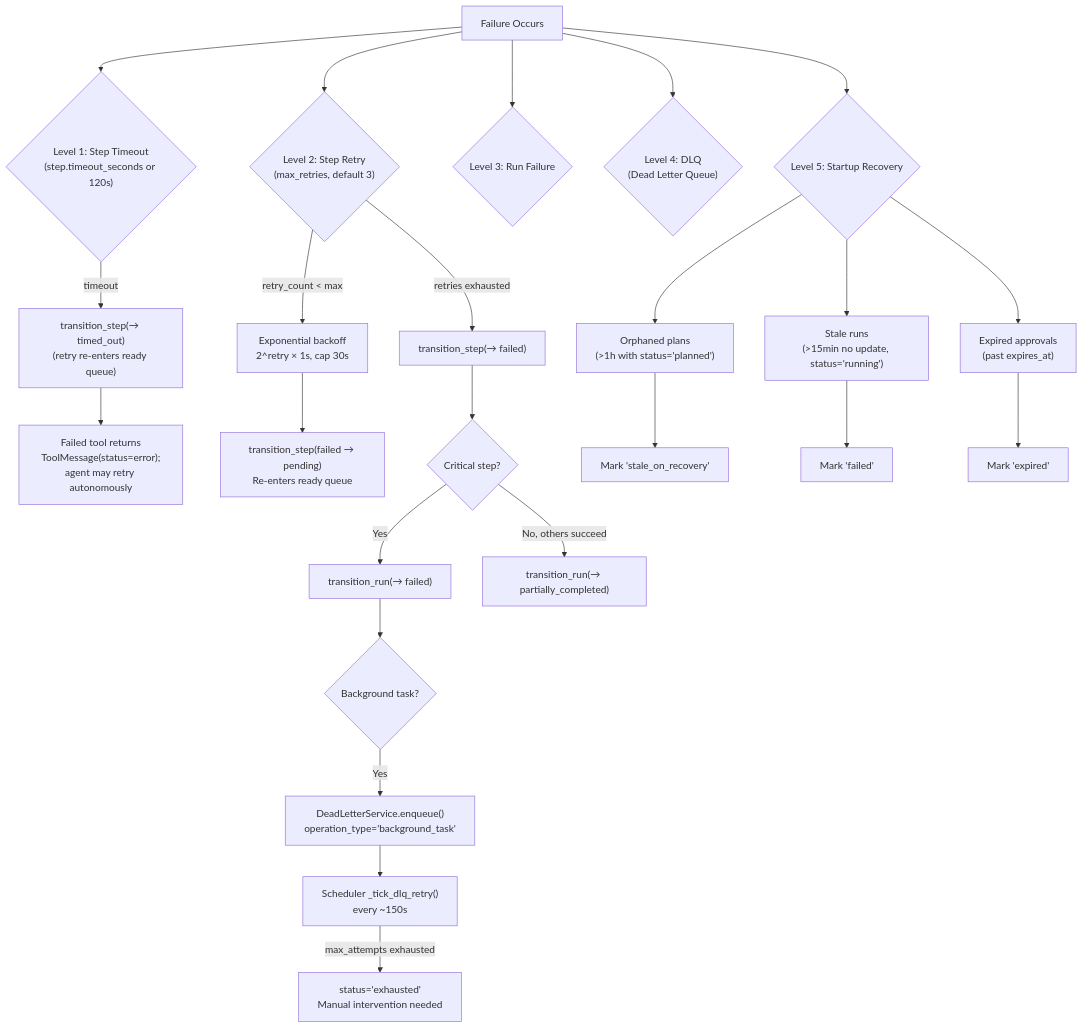
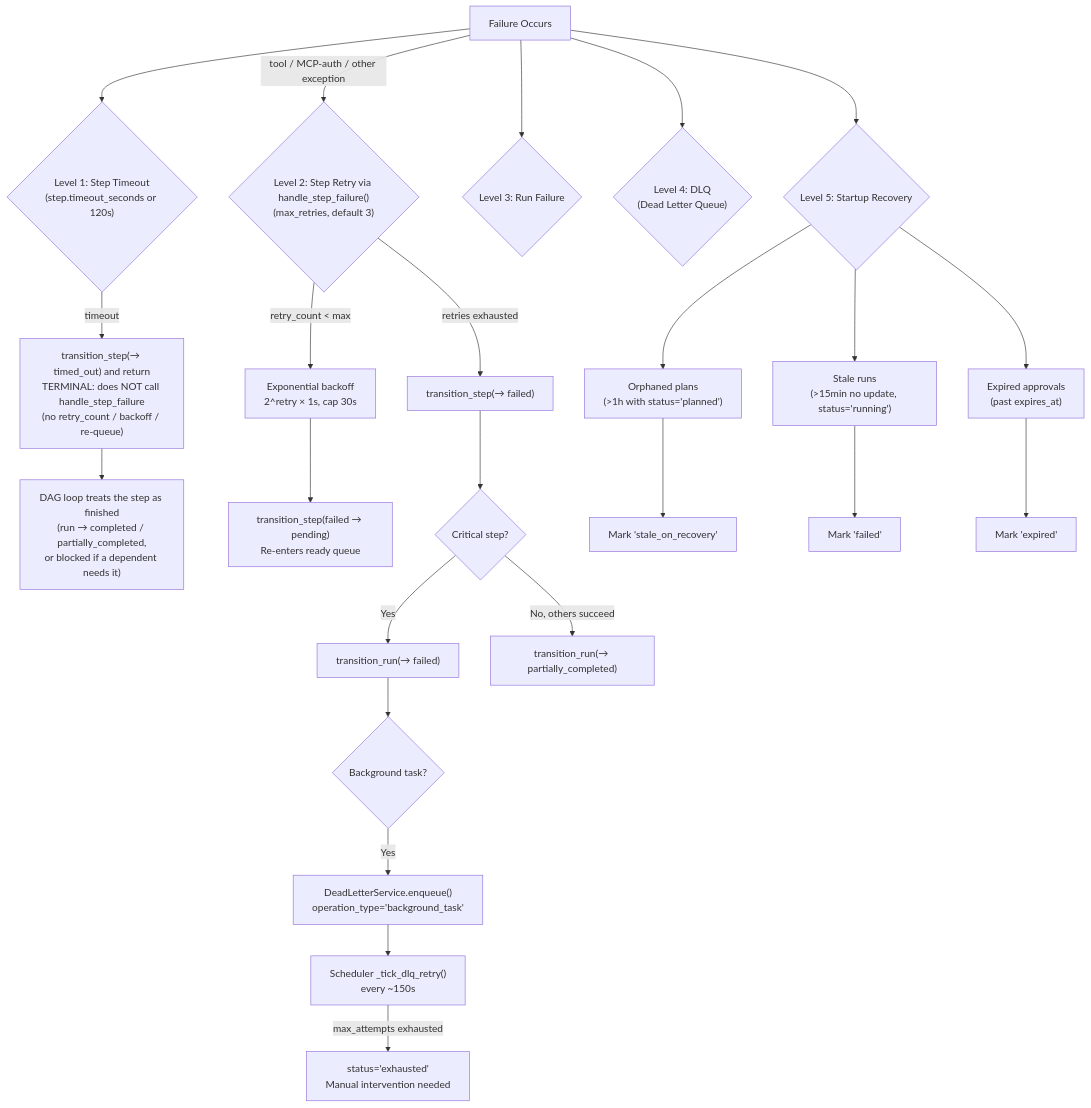
Diagram 15 of 17 in docs/architecture/plan-execution-deep-dive.md (shivadharmi/muldro), drawn with Mermaid before and after one commit. The commit also changed 3 other files, not shown here.

First line of the commit message:
docs: correct chat-gating, FTS, and step-timeout claims (PR #10 review)

````diff
--- a/docs/architecture/plan-execution-deep-dive.md
+++ b/docs/architecture/plan-execution-deep-dive.md
@@ -840,32 +840,32 @@
 ```mermaid
 flowchart TD
     FAILURE[Failure Occurs]
 
     FAILURE --> LEVEL1{"Level 1: Step Timeout<br/>(step.timeout_seconds or 120s)"}
-    LEVEL1 -->|"timeout"| TOOL_ERROR["transition_step(→ timed_out)<br/>(retry re-enters ready queue)"]
-    TOOL_ERROR --> AGENT_SEES["Failed tool returns<br/>ToolMessage(status=error);<br/>agent may retry autonomously"]
+    LEVEL1 -->|"timeout"| TIMED_OUT["transition_step(→ timed_out) and return<br/>TERMINAL: does NOT call handle_step_failure<br/>(no retry_count / backoff / re-queue)"]
+    TIMED_OUT --> DAG_DONE["DAG loop treats the step as finished<br/>(run → completed / partially_completed,<br/>or blocked if a dependent needs it)"]
 
-    FAILURE --> LEVEL2{"Level 2: Step Retry<br/>(max_retries, default 3)"}
+    FAILURE -->|"tool / MCP-auth / other exception"| LEVEL2{"Level 2: Step Retry via handle_step_failure()<br/>(max_retries, default 3)"}
     LEVEL2 -->|"retry_count < max"| BACKOFF["Exponential backoff<br/>2^retry × 1s, cap 30s"]
     BACKOFF --> RETRY_STEP["transition_step(failed → pending)<br/>Re-enters ready queue"]
     LEVEL2 -->|"retries exhausted"| STEP_FAIL["transition_step(→ failed)"]
 
     FAILURE --> LEVEL3{"Level 3: Run Failure"}
     STEP_FAIL --> RUN_DECISION{"Critical step?"}
     RUN_DECISION -->|"Yes"| RUN_FAIL["transition_run(→ failed)"]
     RUN_DECISION -->|"No, others succeed"| PARTIAL["transition_run(→ partially_completed)"]
 
     FAILURE --> LEVEL4{"Level 4: DLQ<br/>(Dead Letter Queue)"}
     RUN_FAIL --> DLQ_CHECK{"Background task?"}
     DLQ_CHECK -->|"Yes"| DLQ_ENQUEUE["DeadLetterService.enqueue()<br/>operation_type='background_task'"]
     DLQ_ENQUEUE --> DLQ_RETRY["Scheduler _tick_dlq_retry()<br/>every ~150s"]
     DLQ_RETRY -->|"max_attempts exhausted"| EXHAUSTED["status='exhausted'<br/>Manual intervention needed"]
 
     FAILURE --> LEVEL5{"Level 5: Startup Recovery"}
     LEVEL5 --> ORPHANED["Orphaned plans<br/>(>1h with status='planned')"]
     LEVEL5 --> STALE["Stale runs<br/>(>15min no update, status='running')"]
     LEVEL5 --> EXPIRED["Expired approvals<br/>(past expires_at)"]
     ORPHANED --> MARK1["Mark 'stale_on_recovery'"]
     STALE --> MARK2["Mark 'failed'"]
     EXPIRED --> MARK3["Mark 'expired'"]
 ```
````
